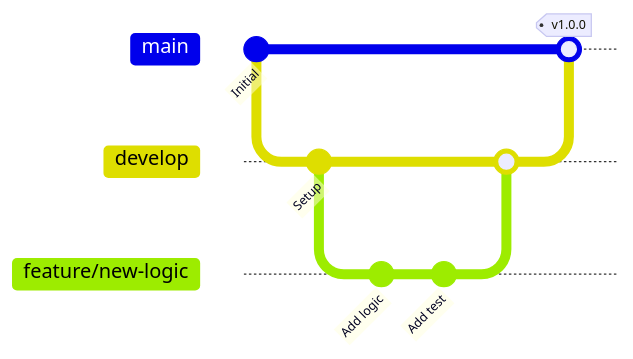
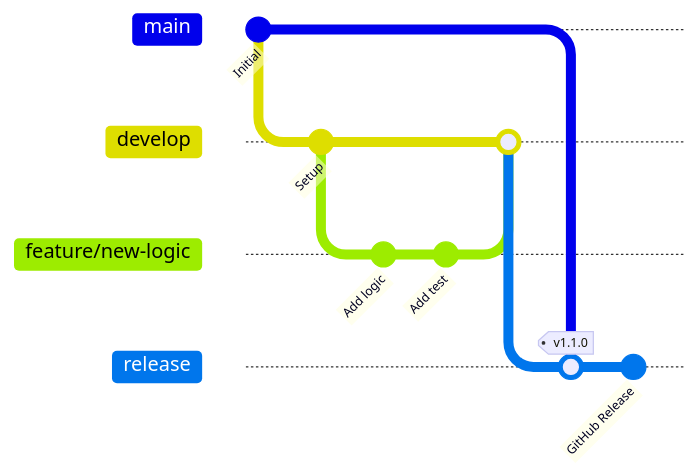
Before and after one commit to junichi-muraoka/ut-qms: the first of 2 diagrams in docs/development_workflow.md, drawn with Mermaid. The commit also changed other lines of this file and 2 other files, not shown here.

Commit message:
docs: synchronize release and auto-labeling rules across all documents

````diff
--- a/docs/development_workflow.md
+++ b/docs/development_workflow.md
@@ -7,15 +7,17 @@
 ```mermaid
 gitGraph
     commit id: "Initial"
     branch develop
     checkout develop
     commit id: "Setup"
     branch feature/new-logic
     checkout feature/new-logic
     commit id: "Add logic"
     commit id: "Add test"
     checkout develop
     merge feature/new-logic
-    checkout main
-    merge develop tag: "v1.0.0"
+    branch release
+    checkout release
+    merge main tag: "v1.1.0"
+    commit id: "GitHub Release"
 ```
````
